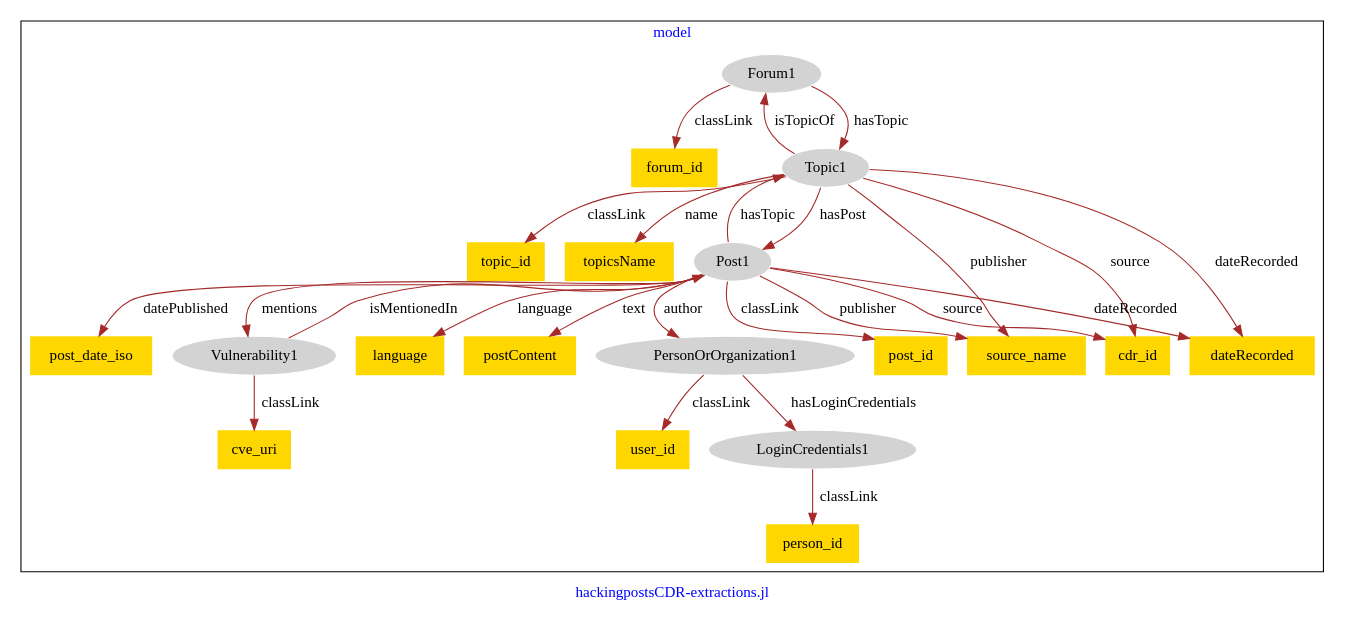
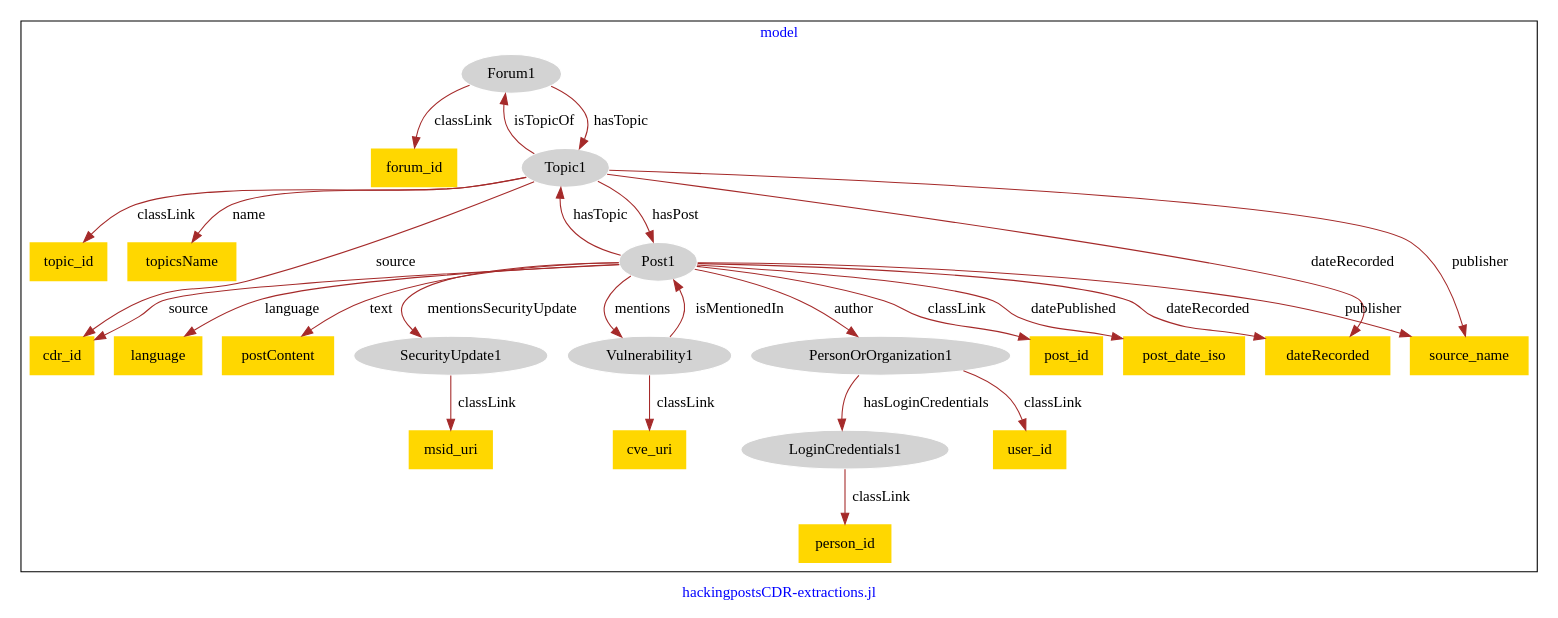
The diagram in models/asu-hacking-posts/hacking_posts-model.dot (usc-isi-i2/effect-alignment), drawn with Graphviz before and after one commit.

Commit message:
Update file hacking_posts-model.dot

```diff
--- a/models/asu-hacking-posts/hacking_posts-model.dot
+++ b/models/asu-hacking-posts/hacking_posts-model.dot
@@ -1,51 +1,55 @@
 digraph n0 {
 fontcolor="blue"
 remincross="true"
 label="hackingpostsCDR-extractions.jl"
 subgraph cluster {
 label="model"
 n2[style="filled",color="white",fillcolor="lightgray",label="Forum1"];
 n3[shape="plaintext",style="filled",fillcolor="gold",label="forum_id"];
 n4[style="filled",color="white",fillcolor="lightgray",label="Topic1"];
 n5[style="filled",color="white",fillcolor="lightgray",label="LoginCredentials1"];
 n6[shape="plaintext",style="filled",fillcolor="gold",label="person_id"];
 n7[style="filled",color="white",fillcolor="lightgray",label="PersonOrOrganization1"];
 n8[shape="plaintext",style="filled",fillcolor="gold",label="user_id"];
 n9[style="filled",color="white",fillcolor="lightgray",label="Post1"];
 n10[shape="plaintext",style="filled",fillcolor="gold",label="post_id"];
 n11[shape="plaintext",style="filled",fillcolor="gold",label="post_date_iso"];
 n12[shape="plaintext",style="filled",fillcolor="gold",label="language"];
 n13[shape="plaintext",style="filled",fillcolor="gold",label="postContent"];
-n14[shape="plaintext",style="filled",fillcolor="gold",label="topic_id"];
-n15[shape="plaintext",style="filled",fillcolor="gold",label="topicsName"];
-n16[style="filled",color="white",fillcolor="lightgray",label="Vulnerability1"];
-n17[shape="plaintext",style="filled",fillcolor="gold",label="cve_uri"];
-n18[shape="plaintext",style="filled",fillcolor="gold",label="source_name"];
-n19[shape="plaintext",style="filled",fillcolor="gold",label="cdr_id"];
-n20[shape="plaintext",style="filled",fillcolor="gold",label="dateRecorded"];
+n14[style="filled",color="white",fillcolor="lightgray",label="SecurityUpdate1"];
+n15[shape="plaintext",style="filled",fillcolor="gold",label="msid_uri"];
+n16[shape="plaintext",style="filled",fillcolor="gold",label="topic_id"];
+n17[shape="plaintext",style="filled",fillcolor="gold",label="topicsName"];
+n18[shape="plaintext",style="filled",fillcolor="gold",label="cdr_id"];
+n19[style="filled",color="white",fillcolor="lightgray",label="Vulnerability1"];
+n20[shape="plaintext",style="filled",fillcolor="gold",label="cve_uri"];
+n21[shape="plaintext",style="filled",fillcolor="gold",label="dateRecorded"];
+n22[shape="plaintext",style="filled",fillcolor="gold",label="source_name"];
 }
 n2 -> n3[color="brown",fontcolor="black",label="classLink"]
 n2 -> n4[color="brown",fontcolor="black",label="hasTopic"]
 n5 -> n6[color="brown",fontcolor="black",label="classLink"]
 n7 -> n8[color="brown",fontcolor="black",label="classLink"]
 n7 -> n5[color="brown",fontcolor="black",label="hasLoginCredentials"]
 n9 -> n10[color="brown",fontcolor="black",label="classLink"]
-n9 -> n4[color="brown",fontcolor="black",label="hasTopic"]
 n9 -> n7[color="brown",fontcolor="black",label="author"]
 n9 -> n11[color="brown",fontcolor="black",label="datePublished"]
 n9 -> n12[color="brown",fontcolor="black",label="language"]
 n9 -> n13[color="brown",fontcolor="black",label="text"]
-n4 -> n14[color="brown",fontcolor="black",label="classLink"]
-n4 -> n15[color="brown",fontcolor="black",label="name"]
-n16 -> n17[color="brown",fontcolor="black",label="classLink"]
-n16 -> n9[color="brown",fontcolor="black",label="isMentionedIn"]
-n9 -> n18[color="brown",fontcolor="black",label="publisher"]
-n4 -> n19[color="brown",fontcolor="black",label="source"]
-n4 -> n20[color="brown",fontcolor="black",label="dateRecorded"]
+n14 -> n15[color="brown",fontcolor="black",label="classLink"]
+n4 -> n16[color="brown",fontcolor="black",label="classLink"]
+n4 -> n17[color="brown",fontcolor="black",label="name"]
+n4 -> n18[color="brown",fontcolor="black",label="source"]
+n19 -> n20[color="brown",fontcolor="black",label="classLink"]
+n9 -> n4[color="brown",fontcolor="black",label="hasTopic"]
+n9 -> n14[color="brown",fontcolor="black",label="mentionsSecurityUpdate"]
 n4 -> n9[color="brown",fontcolor="black",label="hasPost"]
-n9 -> n20[color="brown",fontcolor="black",label="dateRecorded"]
+n19 -> n9[color="brown",fontcolor="black",label="isMentionedIn"]
+n9 -> n21[color="brown",fontcolor="black",label="dateRecorded"]
 n4 -> n2[color="brown",fontcolor="black",label="isTopicOf"]
-n4 -> n18[color="brown",fontcolor="black",label="publisher"]
-n9 -> n19[color="brown",fontcolor="black",label="source"]
-n9 -> n16[color="brown",fontcolor="black",label="mentions"]
+n9 -> n22[color="brown",fontcolor="black",label="publisher"]
+n4 -> n22[color="brown",fontcolor="black",label="publisher"]
+n9 -> n19[color="brown",fontcolor="black",label="mentions"]
+n4 -> n21[color="brown",fontcolor="black",label="dateRecorded"]
+n9 -> n18[color="brown",fontcolor="black",label="source"]
 }
```
